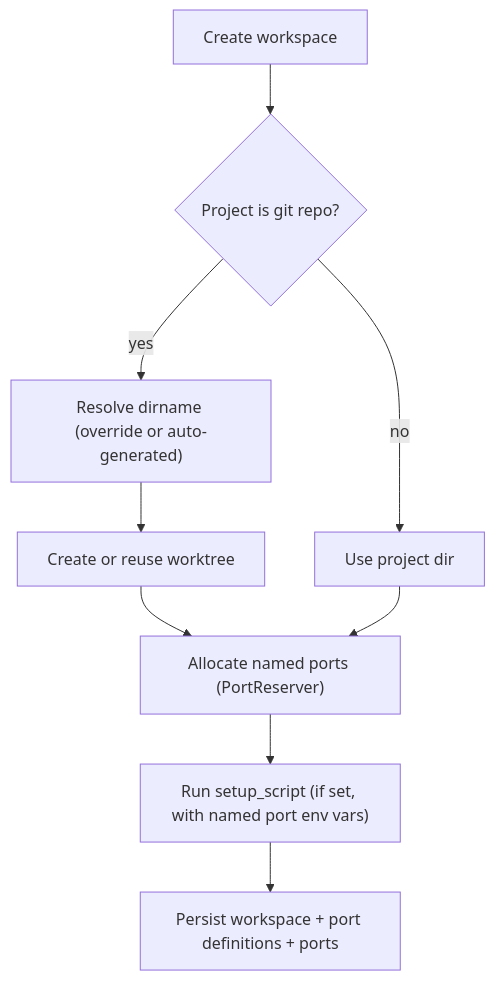
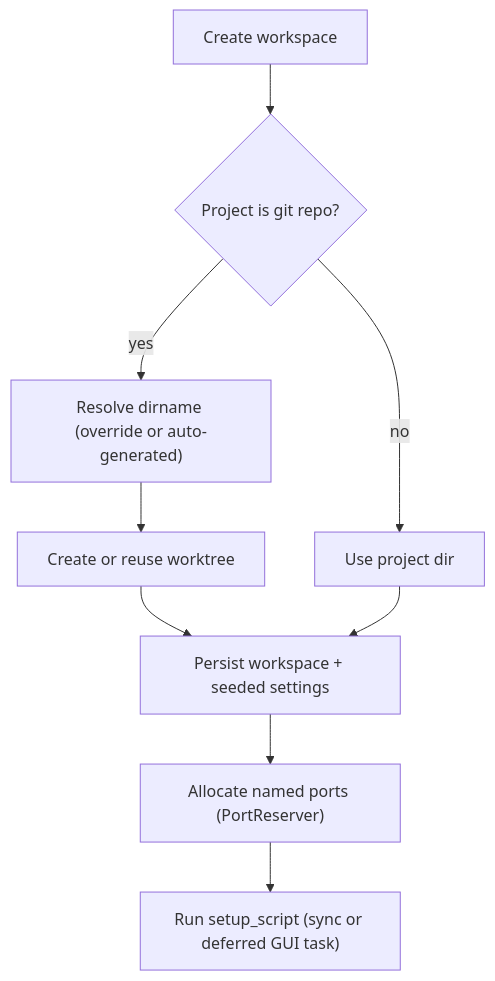
The third of 5 diagrams in apps/macos/docs/architecture.md (yogesh-dhande/spaces), drawn with Mermaid before and after one commit. The commit also changed other lines of this file and 13 other files, not shown here.

Commit message:
Improve workspace creation flow and setup state handling

````diff
--- a/apps/macos/docs/architecture.md
+++ b/apps/macos/docs/architecture.md
@@ -300,11 +307,11 @@
 ```mermaid
 flowchart TD
   start["Create workspace"] --> git{"Project is git repo?"}
   git -->|"yes"| dirname["Resolve dirname (override or auto-generated)"]
   dirname --> worktree["Create or reuse worktree"]
   git -->|"no"| dir["Use project dir"]
-  worktree --> ports["Allocate named ports (PortReserver)"]
-  dir --> ports
-  ports --> setup["Run setup_script (if set, with named port env vars)"]
-  setup --> persist["Persist workspace + port definitions + ports"]
+  worktree --> persist["Persist workspace + seeded settings"]
+  dir --> persist
+  persist --> ports["Allocate named ports (PortReserver)"]
+  ports --> setup["Run setup_script (sync or deferred GUI task)"]
 ```
````
